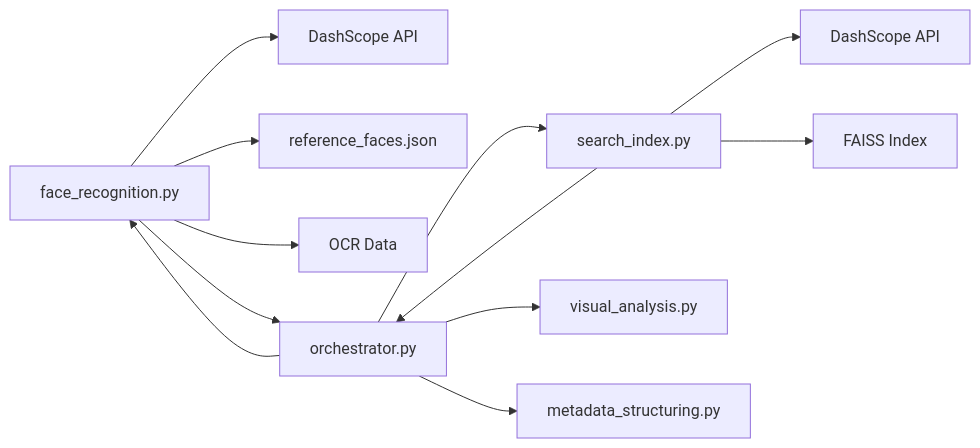
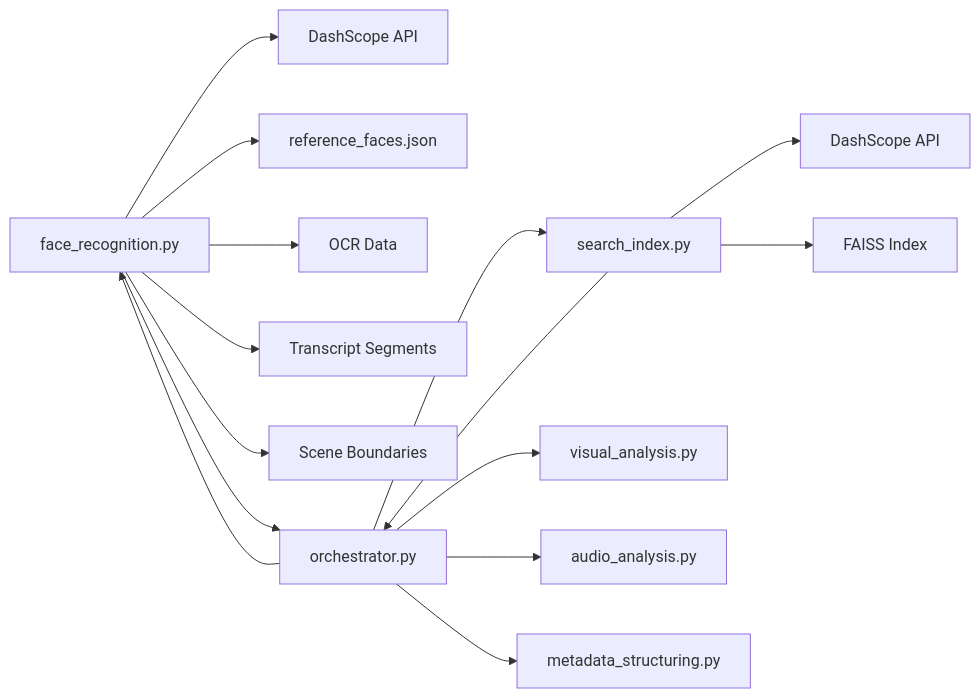
One commit to alexandreybasta-cyber/dubai-media-ai changed the fifth of 5 diagrams in .qoder/repowiki/en/content/Media Processing Pipeline/Face Recognition Stage.md. Above: the diagram before and after it, drawn with Mermaid. The commit also changed other lines of this file and 49 other files, not shown here.

````diff
--- a/.qoder/repowiki/en/content/Media Processing Pipeline/Face Recognition Stage.md
+++ b/.qoder/repowiki/en/content/Media Processing Pipeline/Face Recognition Stage.md
@@ -289,14 +373,17 @@
 ```mermaid
 graph LR
 FR["face_recognition.py"] --> DS["DashScope API"]
 FR --> RF["reference_faces.json"]
 FR --> OCR["OCR Data"]
+FR --> TR["Transcript Segments"]
+FR --> SC["Scene Boundaries"]
 FR --> ORCH["orchestrator.py"]
 SI["search_index.py"] --> DS2["DashScope API"]
 SI --> FAISS["FAISS Index"]
 SI --> ORCH
 ORCH --> VA["visual_analysis.py"]
+ORCH --> AA["audio_analysis.py"]
 ORCH --> FR
 ORCH --> MS["metadata_structuring.py"]
 ORCH --> SI
 ```
````
